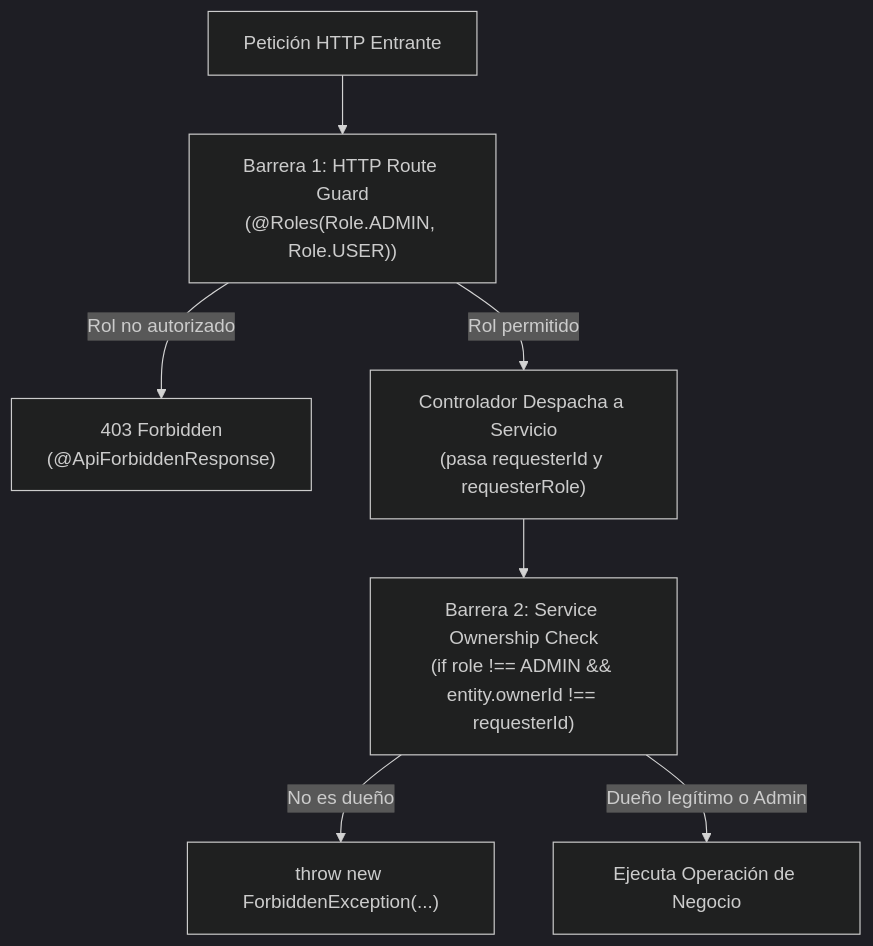
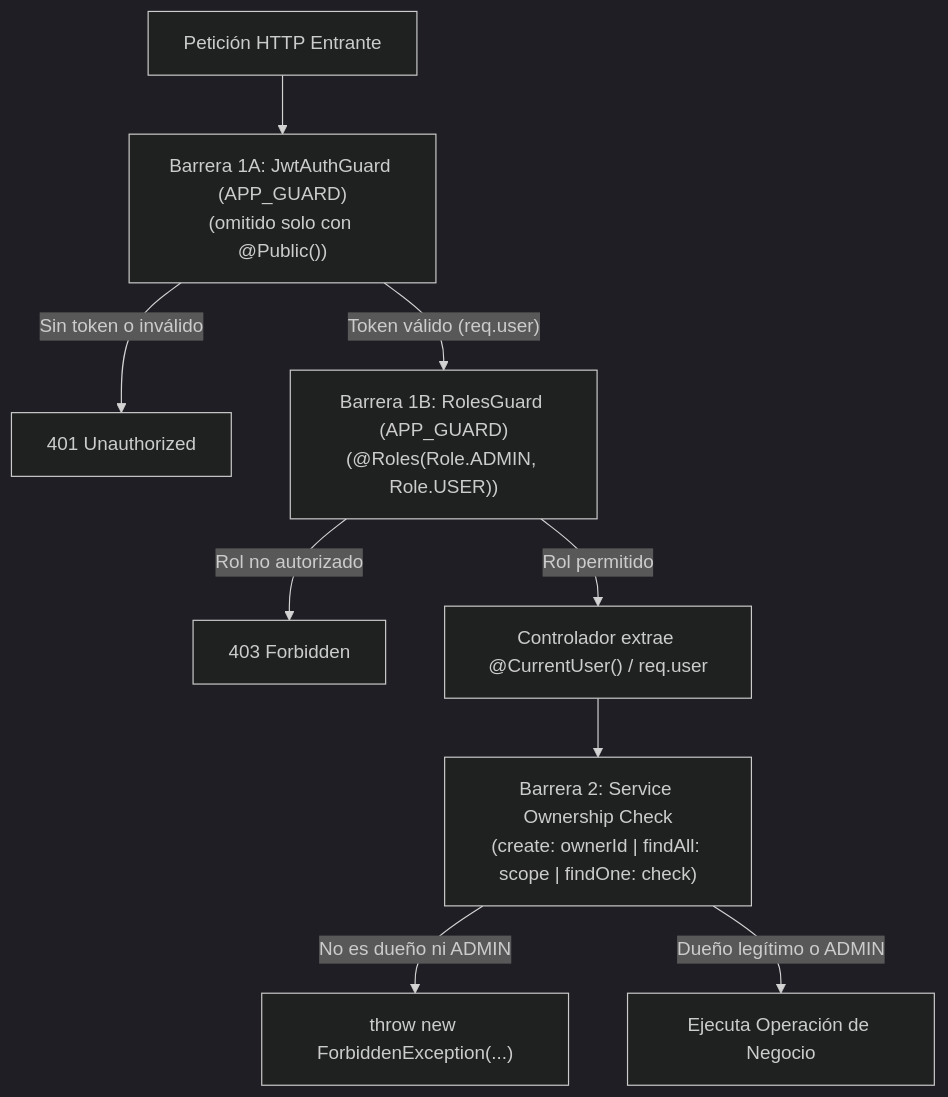
One commit to bryanus1/agent-skills changed the diagram in skills/architecture/nestjs-architecture/references/rbac-and-ownership.md. Above: the diagram before and after it, drawn with Mermaid (dark theme). The commit also changed other lines of this file and 15 other files, not shown here.

First line of the commit message:
feat(architecture): upgrade nestjs-architecture to v2 (NodeAdapter, SWC, Vitest, OXC) (#13)

````diff
--- a/skills/architecture/nestjs-architecture/references/rbac-and-ownership.md
+++ b/skills/architecture/nestjs-architecture/references/rbac-and-ownership.md
@@ -9,9 +9,11 @@
 ```mermaid
 flowchart TD
-    A["Petición HTTP Entrante"] --> B["Barrera 1: HTTP Route Guard\n(@Roles(Role.ADMIN, Role.USER))"]
-    B -- "Rol no autorizado" --> C["403 Forbidden\n(@ApiForbiddenResponse)"]
-    B -- "Rol permitido" --> D["Controlador Despacha a Servicio\n(pasa requesterId y requesterRole)"]
-    D --> E["Barrera 2: Service Ownership Check\n(if role !== ADMIN && entity.ownerId !== requesterId)"]
-    E -- "No es dueño" --> F["throw new ForbiddenException(...)"]
-    E -- "Dueño legítimo o Admin" --> G["Ejecuta Operación de Negocio"]
+    A["Petición HTTP Entrante"] --> B["Barrera 1A: JwtAuthGuard (APP_GUARD)\n(omitido solo con @Public())"]
+    B -- "Sin token o inválido" --> C["401 Unauthorized"]
+    B -- "Token válido (req.user)" --> D["Barrera 1B: RolesGuard (APP_GUARD)\n(@Roles(Role.ADMIN, Role.USER))"]
+    D -- "Rol no autorizado" --> E["403 Forbidden"]
+    D -- "Rol permitido" --> F["Controlador extrae @CurrentUser() / req.user"]
+    F --> G["Barrera 2: Service Ownership Check\n(create: ownerId | findAll: scope | findOne: check)"]
+    G -- "No es dueño ni ADMIN" --> H["throw new ForbiddenException(...)"]
+    G -- "Dueño legítimo o ADMIN" --> I["Ejecuta Operación de Negocio"]
 ```
````
